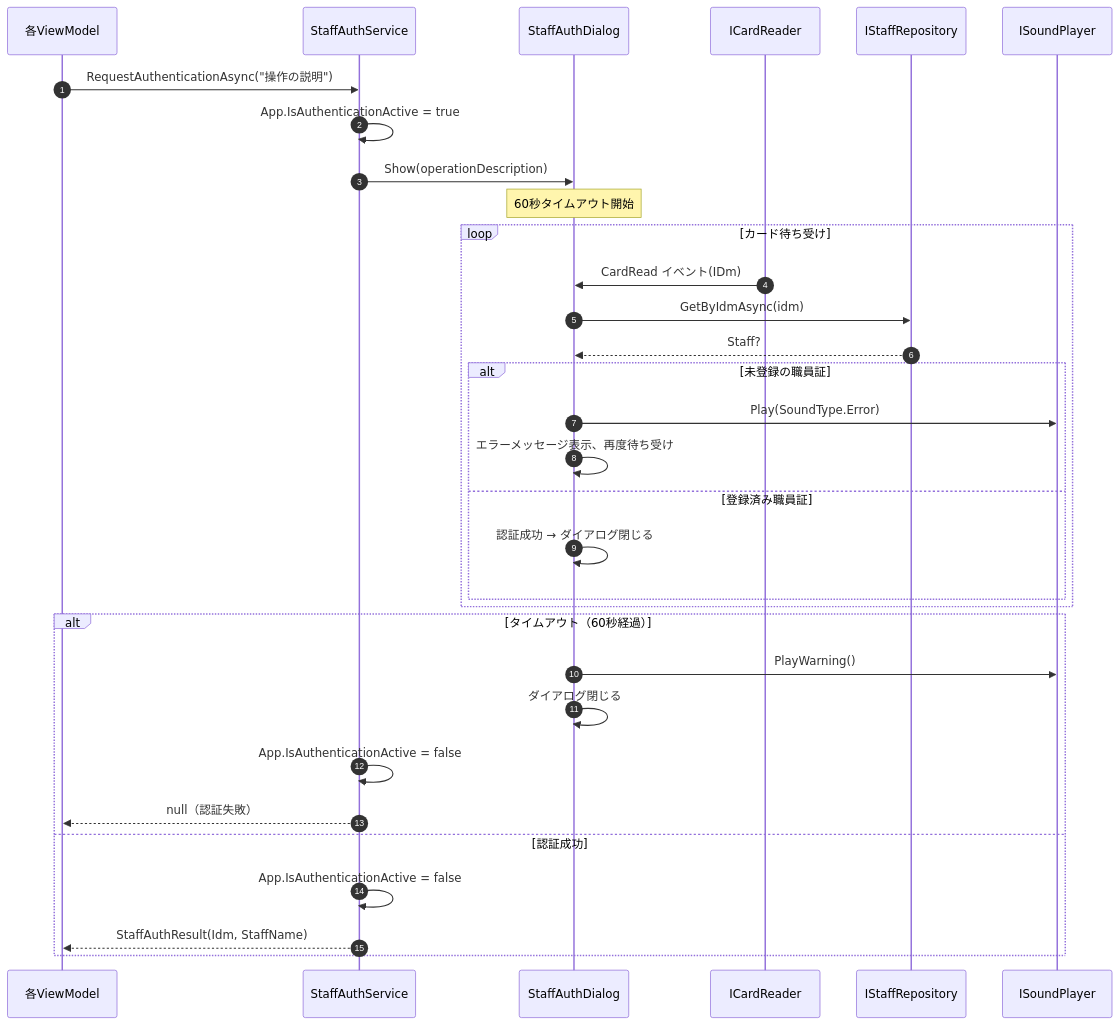
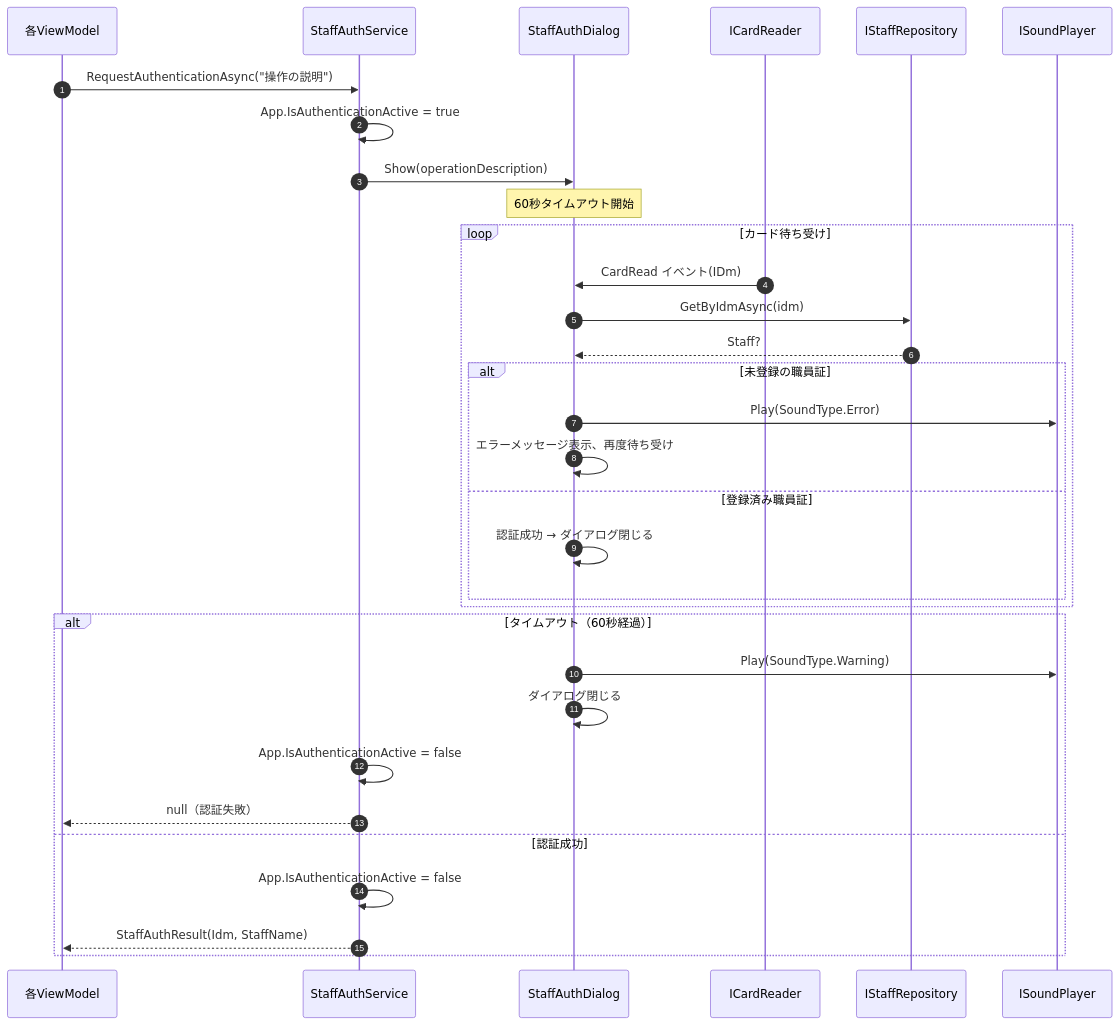
Diagram 11 of 14 in ICCardManager/docs/design/06_シーケンス図.md (kuwayamamasayuki/ICCardManager), drawn with Mermaid before and after one commit. The commit also changed other lines of this file, not shown here.

Commit message:
docs: 06_シーケンス図の取りこぼし PlayWarning() を実API Play(SoundType.Warning) へ（ドリフト監査 D1 追補）
先のコミットで Play(Warning) 形のみ是正し PlayWarning()（237/629行）を取りこぼしていたため追補。

````diff
--- a/ICCardManager/docs/design/06_シーケンス図.md
+++ b/ICCardManager/docs/design/06_シーケンス図.md
@@ -598,40 +598,40 @@
 ```mermaid
 sequenceDiagram
     autonumber
     participant VM as 各ViewModel
     participant Auth as StaffAuthService
     participant Dialog as StaffAuthDialog
     participant Reader as ICardReader
     participant SR as IStaffRepository
     participant Sound as ISoundPlayer
 
     VM->>Auth: RequestAuthenticationAsync("操作の説明")
 
     Auth->>Auth: App.IsAuthenticationActive = true
     Auth->>Dialog: Show(operationDescription)
 
     Note over Dialog: 60秒タイムアウト開始
 
     loop カード待ち受け
         Reader->>Dialog: CardRead イベント(IDm)
         Dialog->>SR: GetByIdmAsync(idm)
         SR-->>Dialog: Staff?
 
         alt 未登録の職員証
             Dialog->>Sound: Play(SoundType.Error)
             Dialog->>Dialog: エラーメッセージ表示、再度待ち受け
         else 登録済み職員証
             Dialog->>Dialog: 認証成功 → ダイアログ閉じる
         end
     end
 
     alt タイムアウト（60秒経過）
-        Dialog->>Sound: PlayWarning()
+        Dialog->>Sound: Play(SoundType.Warning)
         Dialog->>Dialog: ダイアログ閉じる
         Auth->>Auth: App.IsAuthenticationActive = false
         Auth-->>VM: null（認証失敗）
     else 認証成功
         Auth->>Auth: App.IsAuthenticationActive = false
         Auth-->>VM: StaffAuthResult(Idm, StaffName)
     end
 ```
````
